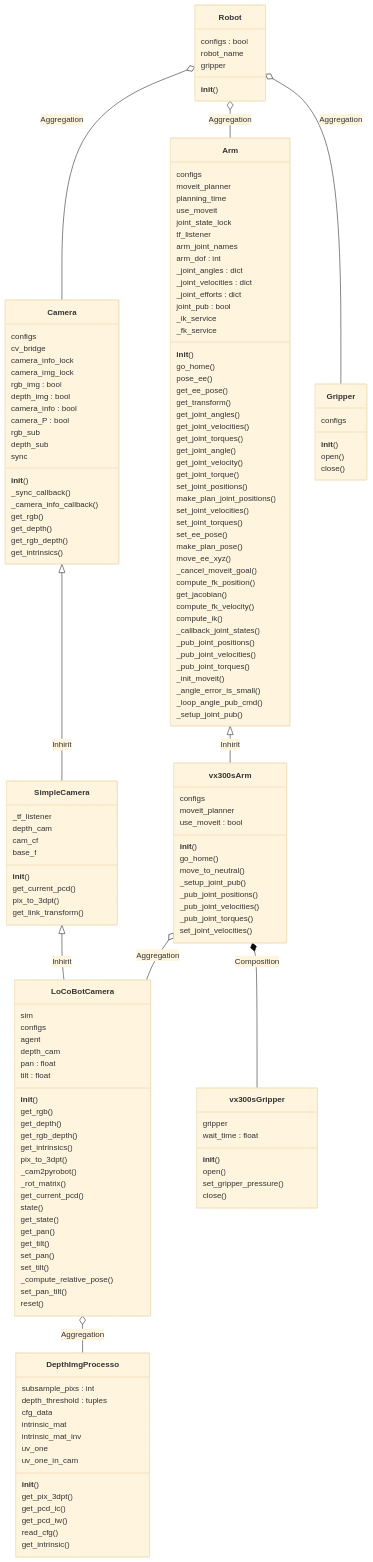
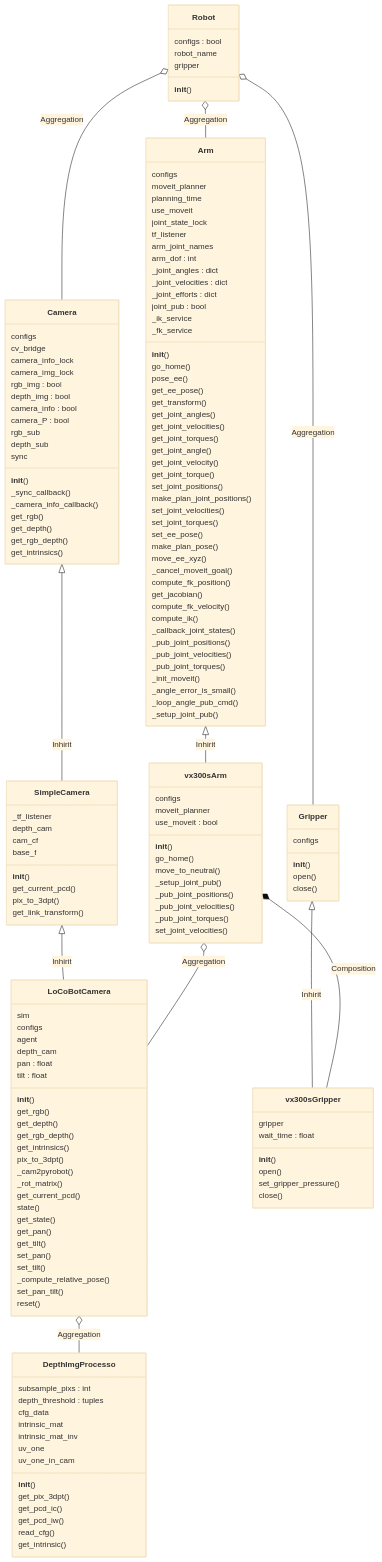
One commit to cihuang123/pyrobot changed diagram 11 of 11 in src/pyrobot/Pyrobot_with_fun.md. Above: the diagram before and after it, drawn with Mermaid (base theme). The commit also changed 1 other file, not shown here.

Commit message:
update two class diagram.

```diff
--- a/src/pyrobot/Pyrobot_with_fun.md
+++ b/src/pyrobot/Pyrobot_with_fun.md
@@ -867,9 +867,10 @@
     Arm <|-- vx300sArm : Inhirit
     Camera <|-- SimpleCamera : Inhirit
     SimpleCamera <|-- LoCoBotCamera : Inhirit
+    Gripper <|-- vx300sGripper : Inhirit
     vx300sArm *-- vx300sGripper : Composition
+    vx300sArm o-- LoCoBotCamera : Aggregation
     LoCoBotCamera o-- DepthImgProcesso : Aggregation
-    vx300sArm o-- LoCoBotCamera : Aggregation
     Robot o-- Gripper : Aggregation
     Robot o-- Camera : Aggregation
     Robot o-- Arm : Aggregation
```
